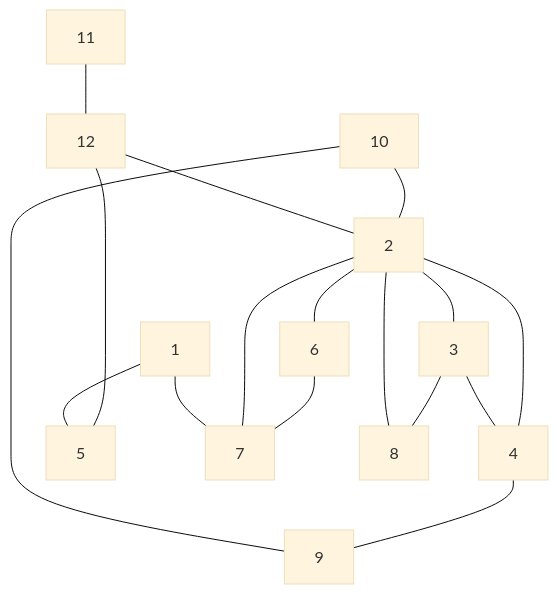
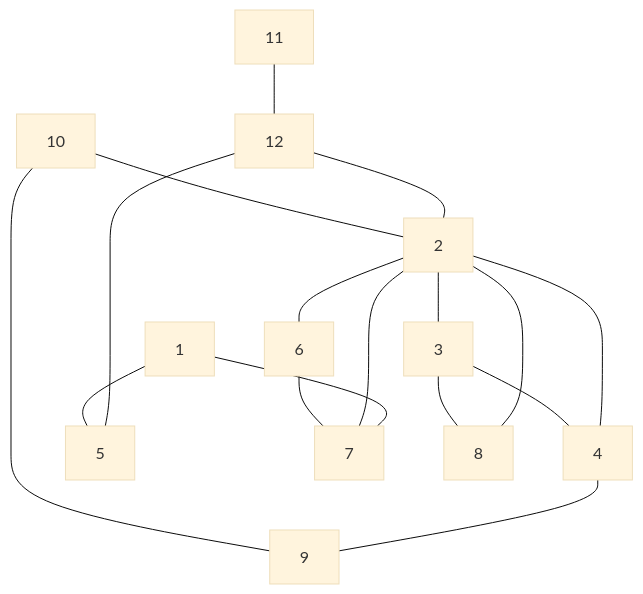
The diagram in README.md (antononcube/Raku-Graph), drawn with Mermaid (base theme) before and after one commit. The commit also changed other lines of this file and 1 other file, not shown here.

````diff
--- a/README.md
+++ b/README.md
@@ -157,19 +157,19 @@
 ```mermaid
 graph TD
-2 --- 4
-4 --- 9
-3 --- 4
+11 --- 12
+1 --- 5
+12 --- 5
+2 --- 6
 6 --- 7
-2 --- 6
-3 --- 8
-2 --- 8
 10 --- 9
 10 --- 2
+3 --- 8
+2 --- 3
+3 --- 4
+4 --- 9
+2 --- 4
+2 --- 8
 12 --- 2
-11 --- 12
-12 --- 5
 2 --- 7
 1 --- 7
-1 --- 5
-2 --- 3
 ```
````
